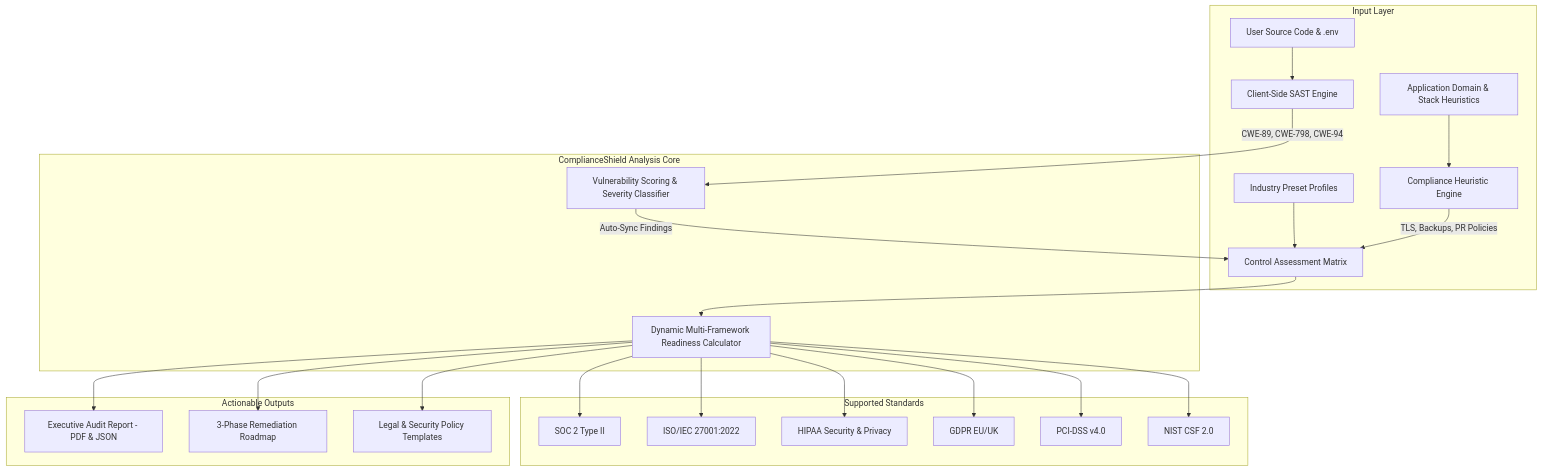
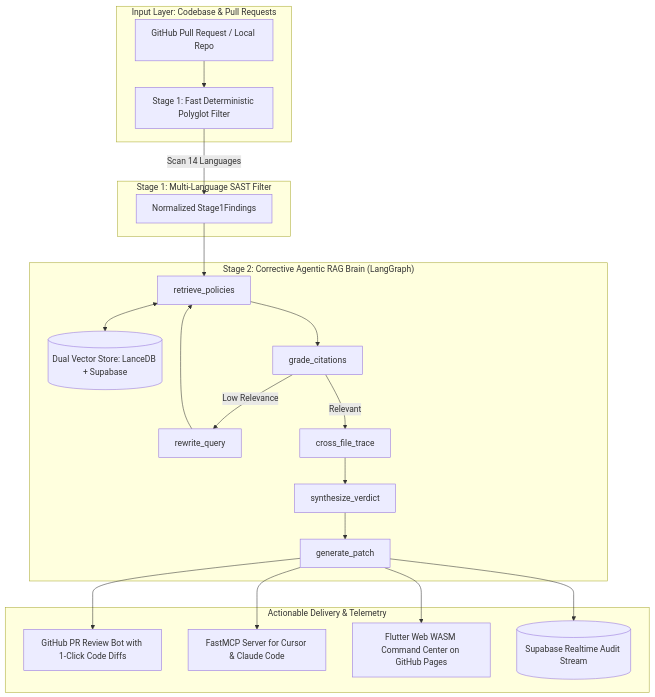
One commit to joelaah/compliance-checker changed the diagram in README.md. Above: the diagram before and after it, drawn with Mermaid. The commit also changed other lines of this file and 1 other file, not shown here.

Commit message:
docs: overhaul README and guides for professional cross-platform deployment

````diff
--- a/README.md
+++ b/README.md
@@ -34,30 +27,28 @@
 ```mermaid
 flowchart TD
-    subgraph Inputs ["Input Layer"]
-        A[User Source Code & .env] --> D[Client-Side SAST Engine]
-        B[Application Domain & Stack Heuristics] --> E[Compliance Heuristic Engine]
-        C[Industry Preset Profiles] --> F[Control Assessment Matrix]
+    subgraph Inputs ["Input Layer: Codebase & Pull Requests"]
+        PR[GitHub Pull Request / Local Repo] --> S1[Stage 1: Fast Deterministic Polyglot Filter]
     end
 
-    subgraph CoreEngine ["ComplianceShield Analysis Core"]
-        D -->|CWE-89, CWE-798, CWE-94| G[Vulnerability Scoring & Severity Classifier]
-        E -->|TLS, Backups, PR Policies| F
-        F --> H[Dynamic Multi-Framework Readiness Calculator]
-        G -->|Auto-Sync Findings| F
+    subgraph Stage1 ["Stage 1: Multi-Language SAST Filter"]
+        S1 -->|Scan 14 Languages| F1[Normalized Stage1Findings]
     end
 
-    subgraph Frameworks ["Supported Standards"]
-        H --> F1[SOC 2 Type II]
-        H --> F2[ISO/IEC 27001:2022]
-        H --> F3[HIPAA Security & Privacy]
-        H --> F4[GDPR EU/UK]
-        H --> F5[PCI-DSS v4.0]
-        H --> F6[NIST CSF 2.0]
+    subgraph Stage2 ["Stage 2: Corrective Agentic RAG Brain (LangGraph)"]
+        F1 --> RET[retrieve_policies]
+        RET <--> VEC[(Dual Vector Store: LanceDB + Supabase)]
+        RET --> GRD[grade_citations]
+        GRD -->|Low Relevance| REW[rewrite_query]
+        REW --> RET
+        GRD -->|Relevant| TRC[cross_file_trace]
+        TRC --> SYN[synthesize_verdict]
+        SYN --> PAT[generate_patch]
     end
 
-    subgraph Outputs ["Actionable Outputs"]
-        H --> O1[Executive Audit Report - PDF & JSON]
-        H --> O2[3-Phase Remediation Roadmap]
-        H --> O3[Legal & Security Policy Templates]
+    subgraph Outputs ["Actionable Delivery & Telemetry"]
+        PAT --> PRB[GitHub PR Review Bot with 1-Click Code Diffs]
+        PAT --> MCP[FastMCP Server for Cursor & Claude Code]
+        PAT --> FLT[Flutter Web WASM Command Center on GitHub Pages]
+        PAT --> SUP[(Supabase Realtime Audit Stream)]
     end
 ```
````
